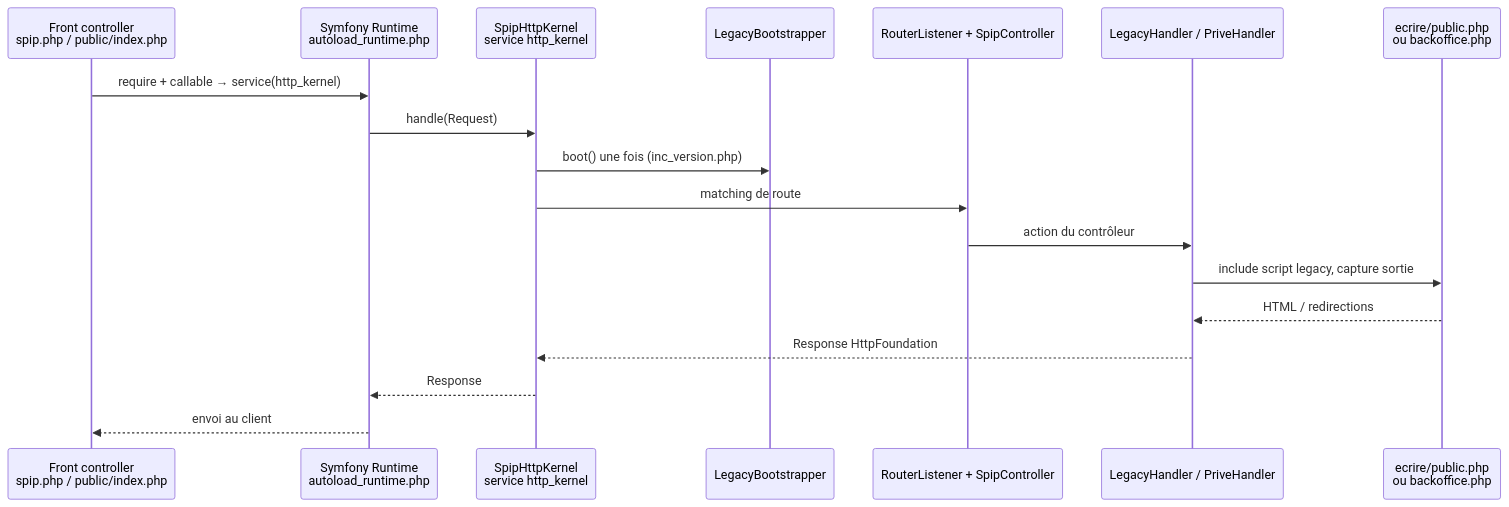
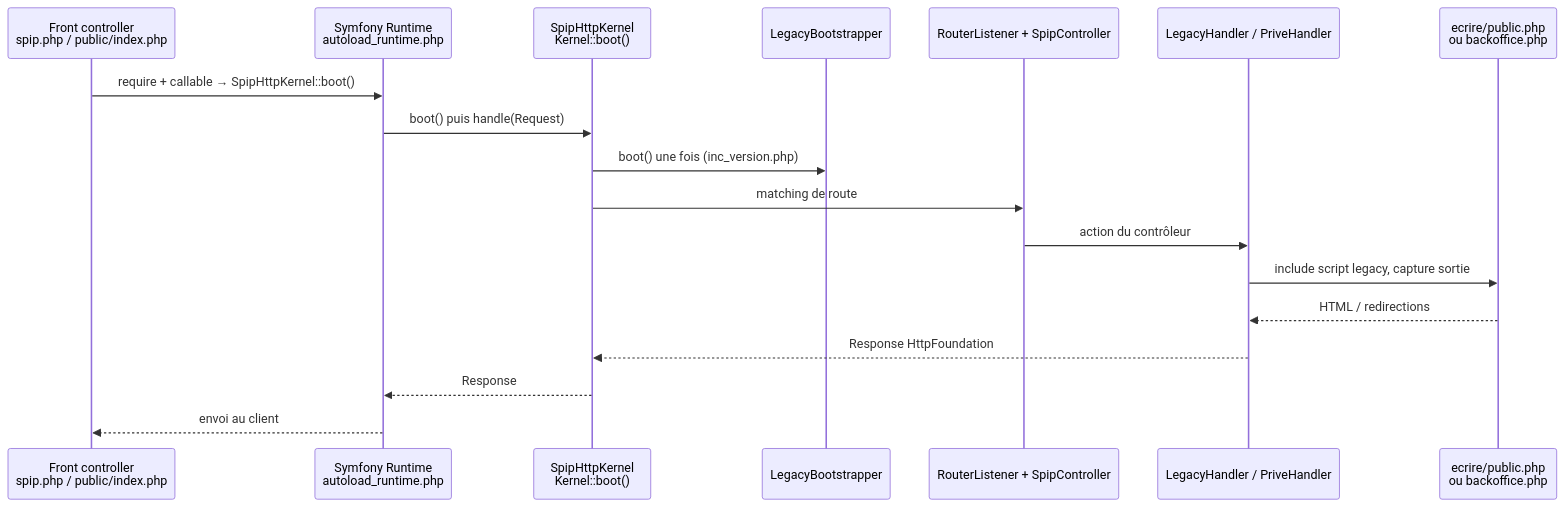
The diagram in docs/fr/5.0/architecture/cycle-applicatif-http.md (tech-nova/dev-spip-doc), drawn with Mermaid before and after one commit. The commit also changed other lines of this file and 17 other files, not shown here.

````diff
--- a/docs/fr/5.0/architecture/cycle-applicatif-http.md
+++ b/docs/fr/5.0/architecture/cycle-applicatif-http.md
@@ -19,21 +19,21 @@
 ```mermaid
 sequenceDiagram
     participant FC as Front controller<br/>spip.php / public/index.php
     participant RT as Symfony Runtime<br/>autoload_runtime.php
-    participant HK as SpipHttpKernel<br/>service http_kernel
+    participant HK as SpipHttpKernel<br/>Kernel::boot()
     participant BT as LegacyBootstrapper
     participant RTG as RouterListener + SpipController
     participant LH as LegacyHandler / PriveHandler
     participant LEG as ecrire/public.php<br/>ou backoffice.php
 
-    FC->>RT: require + callable → service(http_kernel)
-    RT->>HK: handle(Request)
+    FC->>RT: require + callable → SpipHttpKernel::boot()
+    RT->>HK: boot() puis handle(Request)
     HK->>BT: boot() une fois (inc_version.php)
     HK->>RTG: matching de route
     RTG->>LH: action du contrôleur
     LH->>LEG: include script legacy, capture sortie
     LEG-->>LH: HTML / redirections
     LH-->>HK: Response HttpFoundation
     HK-->>RT: Response
     RT-->>FC: envoi au client
 ```
````
